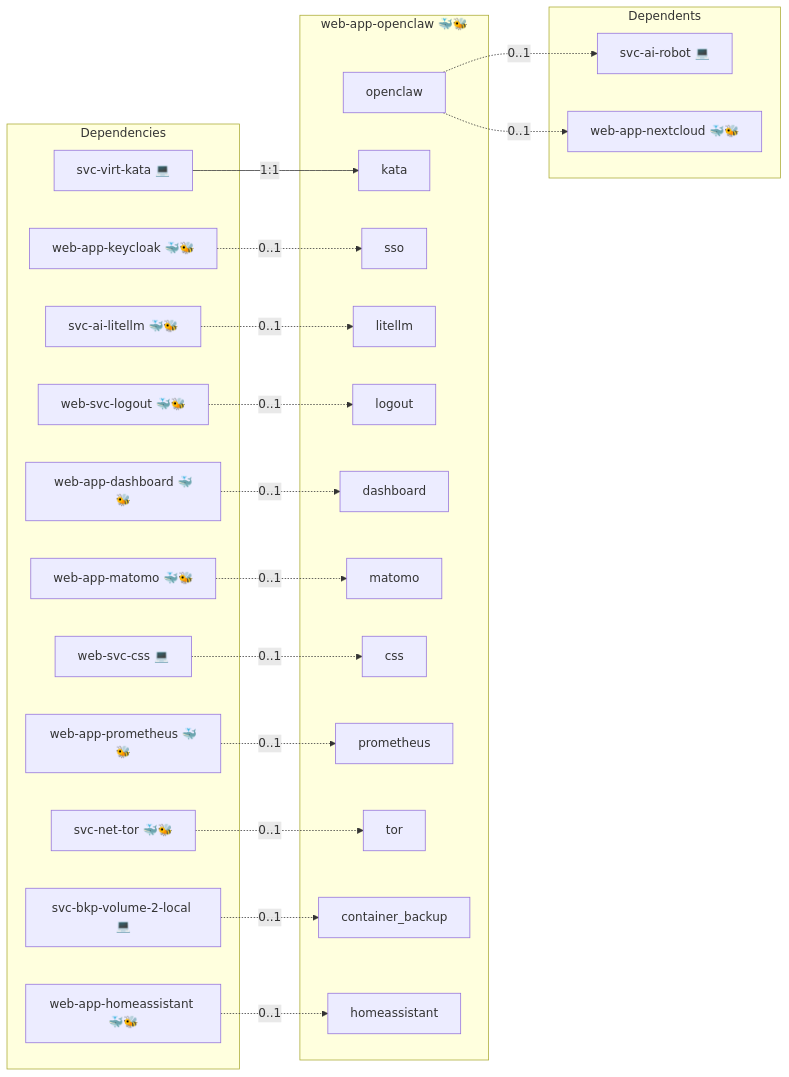
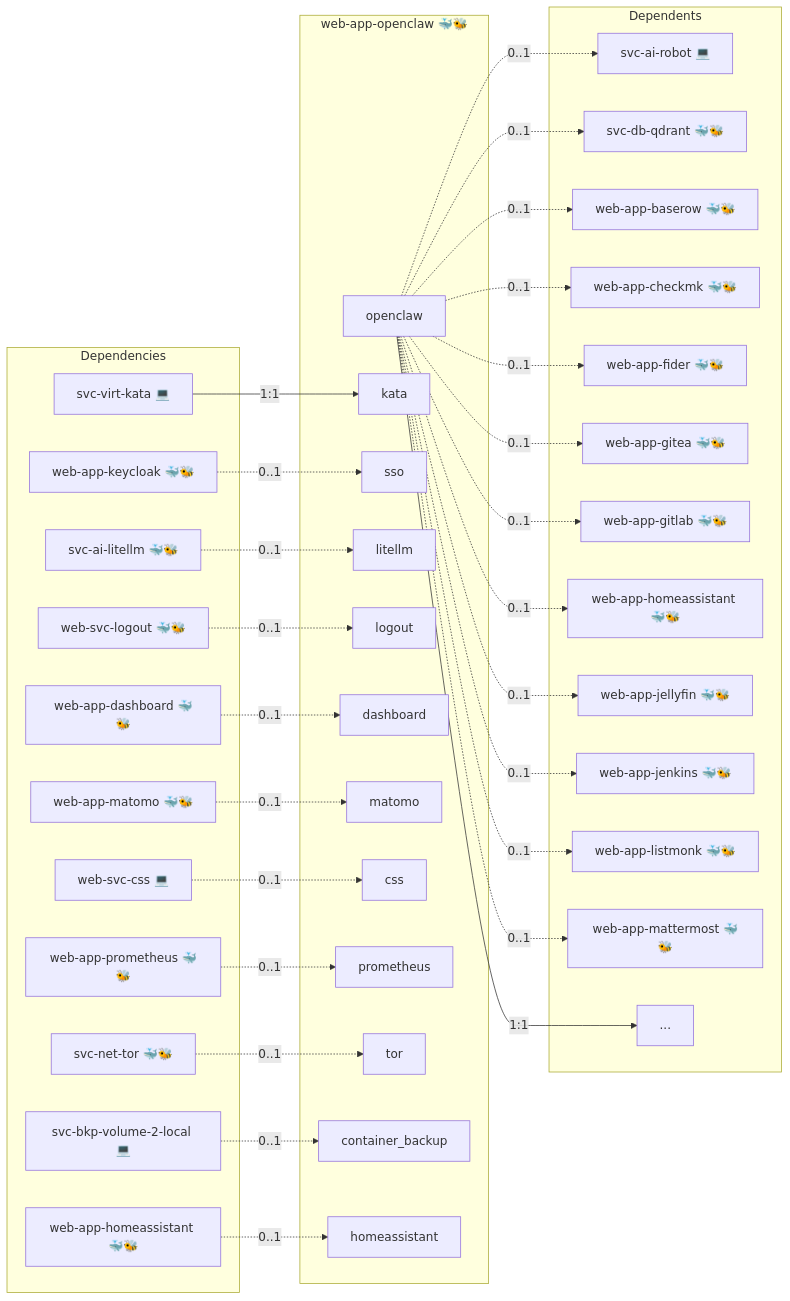
The diagram in roles/web-app-openclaw/README.md (infinito-nexus/core), drawn with Mermaid before and after one commit. The commit also changed 101 other files, not shown here.

````diff
--- a/roles/web-app-openclaw/README.md
+++ b/roles/web-app-openclaw/README.md
@@ -15,47 +15,69 @@
 ```mermaid
 flowchart LR
     subgraph deps [Dependencies]
         dep_svc_ai_litellm["svc-ai-litellm 🐳🐝"]
         dep_svc_bkp_volume_2_local["svc-bkp-volume-2-local 💻"]
         dep_svc_net_tor["svc-net-tor 🐳🐝"]
         dep_svc_virt_kata["svc-virt-kata 💻"]
         dep_web_app_dashboard["web-app-dashboard 🐳🐝"]
         dep_web_app_homeassistant["web-app-homeassistant 🐳🐝"]
         dep_web_app_keycloak["web-app-keycloak 🐳🐝"]
         dep_web_app_matomo["web-app-matomo 🐳🐝"]
         dep_web_app_prometheus["web-app-prometheus 🐳🐝"]
         dep_web_svc_css["web-svc-css 💻"]
         dep_web_svc_logout["web-svc-logout 🐳🐝"]
     end
     subgraph role [web-app-openclaw 🐳🐝]
         svc_openclaw["openclaw"]
         svc_kata["kata"]
         svc_sso["sso"]
         svc_litellm["litellm"]
         svc_logout["logout"]
         svc_dashboard["dashboard"]
         svc_matomo["matomo"]
         svc_css["css"]
         svc_prometheus["prometheus"]
         svc_tor["tor"]
         svc_container_backup["container_backup"]
         svc_homeassistant["homeassistant"]
     end
     subgraph dependents [Dependents]
         dpt_svc_ai_robot["svc-ai-robot 💻"]
-        dpt_web_app_nextcloud["web-app-nextcloud 🐳🐝"]
+        dpt_svc_db_qdrant["svc-db-qdrant 🐳🐝"]
+        dpt_web_app_baserow["web-app-baserow 🐳🐝"]
+        dpt_web_app_checkmk["web-app-checkmk 🐳🐝"]
+        dpt_web_app_fider["web-app-fider 🐳🐝"]
+        dpt_web_app_gitea["web-app-gitea 🐳🐝"]
+        dpt_web_app_gitlab["web-app-gitlab 🐳🐝"]
+        dpt_web_app_homeassistant["web-app-homeassistant 🐳🐝"]
+        dpt_web_app_jellyfin["web-app-jellyfin 🐳🐝"]
+        dpt_web_app_jenkins["web-app-jenkins 🐳🐝"]
+        dpt_web_app_listmonk["web-app-listmonk 🐳🐝"]
+        dpt_web_app_mattermost["web-app-mattermost 🐳🐝"]
+        dpt_more["..."]
     end
     dep_svc_ai_litellm -. "0..1" .-> svc_litellm
     dep_svc_bkp_volume_2_local -. "0..1" .-> svc_container_backup
     dep_svc_net_tor -. "0..1" .-> svc_tor
     dep_svc_virt_kata -- "1:1" --> svc_kata
     dep_web_app_dashboard -. "0..1" .-> svc_dashboard
     dep_web_app_homeassistant -. "0..1" .-> svc_homeassistant
     dep_web_app_keycloak -. "0..1" .-> svc_sso
     dep_web_app_matomo -. "0..1" .-> svc_matomo
     dep_web_app_prometheus -. "0..1" .-> svc_prometheus
     dep_web_svc_css -. "0..1" .-> svc_css
     dep_web_svc_logout -. "0..1" .-> svc_logout
+    svc_openclaw -- "1:1" --> dpt_more
     svc_openclaw -. "0..1" .-> dpt_svc_ai_robot
-    svc_openclaw -. "0..1" .-> dpt_web_app_nextcloud
+    svc_openclaw -. "0..1" .-> dpt_svc_db_qdrant
+    svc_openclaw -. "0..1" .-> dpt_web_app_baserow
+    svc_openclaw -. "0..1" .-> dpt_web_app_checkmk
+    svc_openclaw -. "0..1" .-> dpt_web_app_fider
+    svc_openclaw -. "0..1" .-> dpt_web_app_gitea
+    svc_openclaw -. "0..1" .-> dpt_web_app_gitlab
+    svc_openclaw -. "0..1" .-> dpt_web_app_homeassistant
+    svc_openclaw -. "0..1" .-> dpt_web_app_jellyfin
+    svc_openclaw -. "0..1" .-> dpt_web_app_jenkins
+    svc_openclaw -. "0..1" .-> dpt_web_app_listmonk
+    svc_openclaw -. "0..1" .-> dpt_web_app_mattermost
 ```
````
